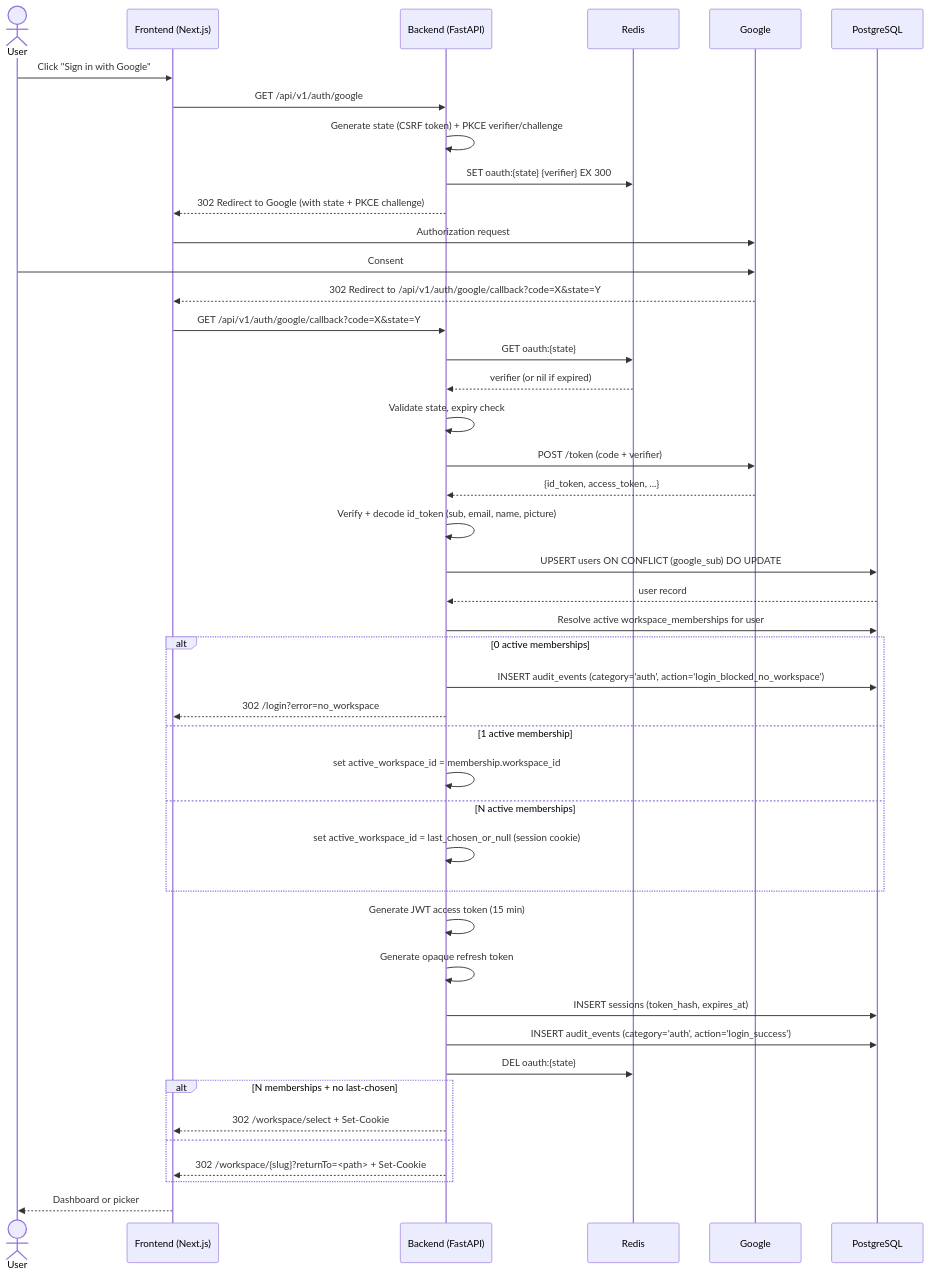
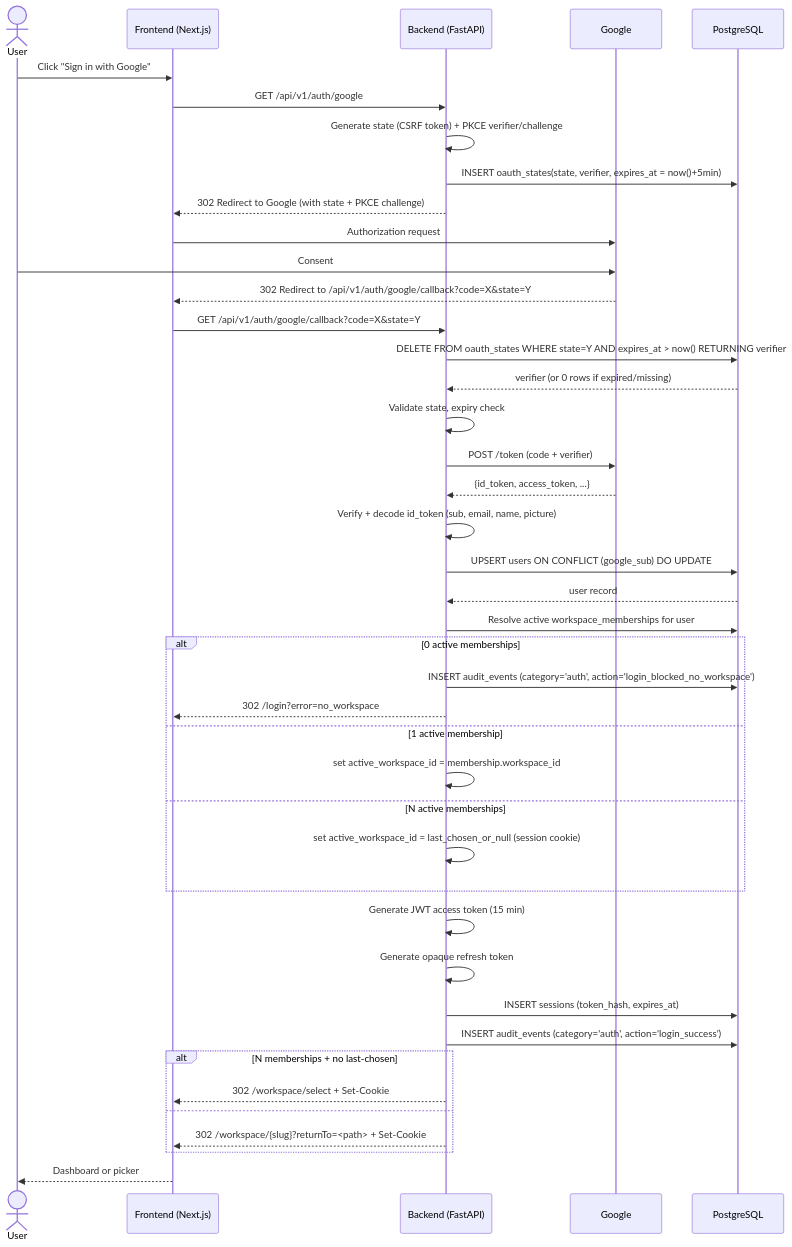
Before and after one commit to apariciotuio/project_manager: the first of 3 diagrams in tasks/EP-00/design.md, drawn with Mermaid. The commit also changed other lines of this file and 204 other files, not shown here.

````diff
--- a/tasks/EP-00/design.md
+++ b/tasks/EP-00/design.md
@@ -241,47 +254,45 @@
 ```mermaid
 sequenceDiagram
     actor User
     participant FE as Frontend (Next.js)
     participant BE as Backend (FastAPI)
-    participant Redis
     participant Google
     participant DB as PostgreSQL
 
     User->>FE: Click "Sign in with Google"
     FE->>BE: GET /api/v1/auth/google
     BE->>BE: Generate state (CSRF token) + PKCE verifier/challenge
-    BE->>Redis: SET oauth:{state} {verifier} EX 300
+    BE->>DB: INSERT oauth_states(state, verifier, expires_at = now()+5min)
     BE-->>FE: 302 Redirect to Google (with state + PKCE challenge)
     FE->>Google: Authorization request
     User->>Google: Consent
     Google-->>FE: 302 Redirect to /api/v1/auth/google/callback?code=X&state=Y
     FE->>BE: GET /api/v1/auth/google/callback?code=X&state=Y
-    BE->>Redis: GET oauth:{state}
-    Redis-->>BE: verifier (or nil if expired)
+    BE->>DB: DELETE FROM oauth_states WHERE state=Y AND expires_at > now() RETURNING verifier
+    DB-->>BE: verifier (or 0 rows if expired/missing)
     BE->>BE: Validate state, expiry check
     BE->>Google: POST /token (code + verifier)
     Google-->>BE: {id_token, access_token, ...}
     BE->>BE: Verify + decode id_token (sub, email, name, picture)
     BE->>DB: UPSERT users ON CONFLICT (google_sub) DO UPDATE
     DB-->>BE: user record
     BE->>DB: Resolve active workspace_memberships for user
     alt 0 active memberships
         BE->>DB: INSERT audit_events (category='auth', action='login_blocked_no_workspace')
         BE-->>FE: 302 /login?error=no_workspace
     else 1 active membership
         BE->>BE: set active_workspace_id = membership.workspace_id
     else N active memberships
         BE->>BE: set active_workspace_id = last_chosen_or_null (session cookie)
     end
     BE->>BE: Generate JWT access token (15 min)
     BE->>BE: Generate opaque refresh token
     BE->>DB: INSERT sessions (token_hash, expires_at)
     BE->>DB: INSERT audit_events (category='auth', action='login_success')
-    BE->>Redis: DEL oauth:{state}
     alt N memberships + no last-chosen
         BE-->>FE: 302 /workspace/select + Set-Cookie
     else
         BE-->>FE: 302 /workspace/{slug}?returnTo=<path> + Set-Cookie
     end
     FE-->>User: Dashboard or picker
 ```
````
